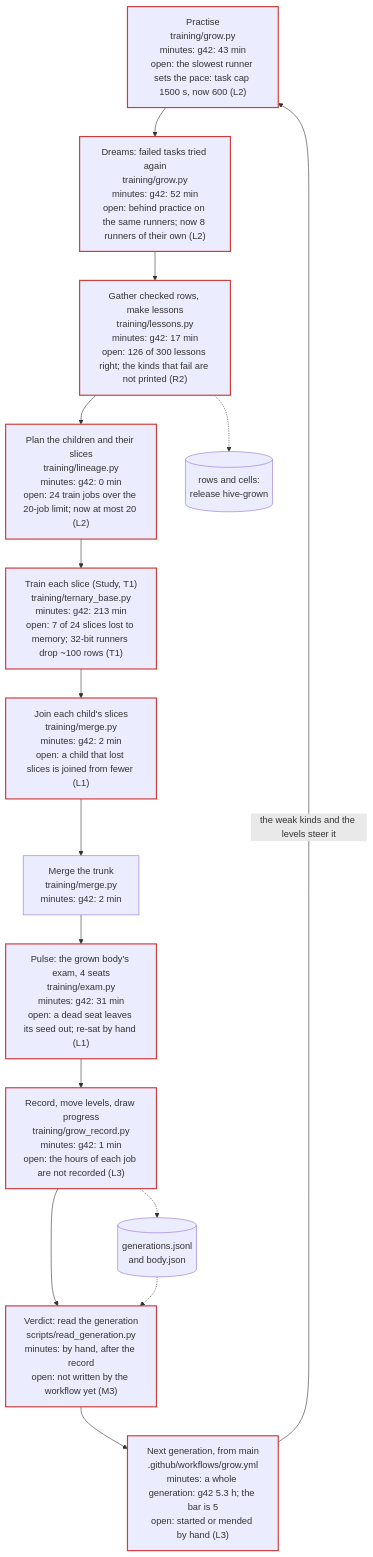
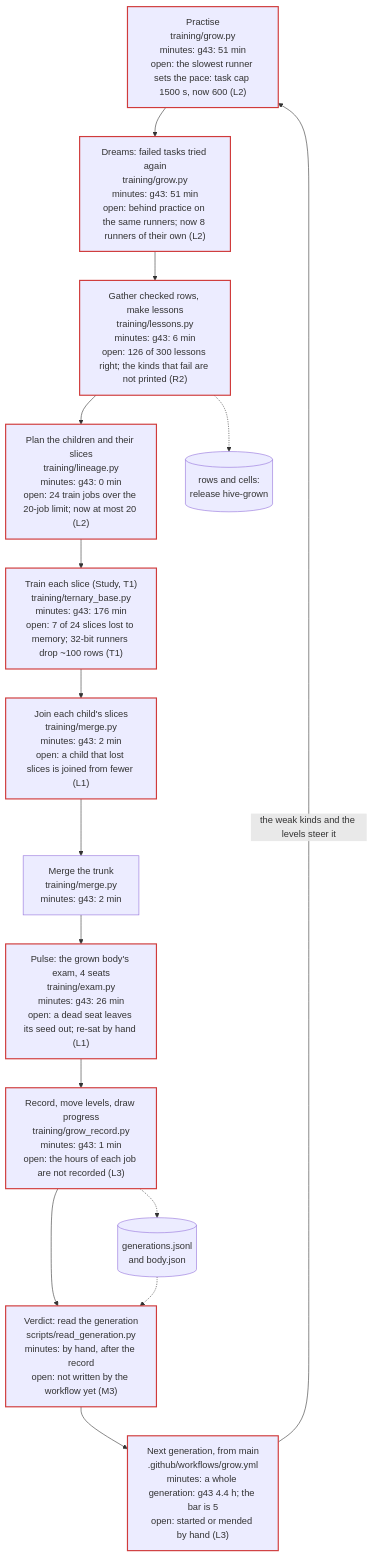
The first of 4 diagrams in docs/KNOWLEDGE.md (Arnav123-s/HiveMIND), drawn with Mermaid before and after one commit. The commit also changed 11 other files, not shown here.

Commit message:
The hive's body: generation g43

````diff
--- a/docs/KNOWLEDGE.md
+++ b/docs/KNOWLEDGE.md
@@ -11,31 +11,31 @@
 ```mermaid
 flowchart TD
-  practise["Practise<br/>training/grow.py<br/>minutes: g42: 43 min<br/>open: the slowest runner sets the pace: task cap 1500 s, now 600 (L2)"]:::open
-  dreams["Dreams: failed tasks tried again<br/>training/grow.py<br/>minutes: g42: 52 min<br/>open: behind practice on the same runners; now 8 runners of their own (L2)"]:::open
-  gather["Gather checked rows, make lessons<br/>training/lessons.py<br/>minutes: g42: 17 min<br/>open: 126 of 300 lessons right; the kinds that fail are not printed (R2)"]:::open
-  plan["Plan the children and their slices<br/>training/lineage.py<br/>minutes: g42: 0 min<br/>open: 24 train jobs over the 20-job limit; now at most 20 (L2)"]:::open
-  trainc["Train each slice (Study, T1)<br/>training/ternary_base.py<br/>minutes: g42: 213 min<br/>open: 7 of 24 slices lost to memory; 32-bit runners drop ~100 rows (T1)"]:::open
-  join["Join each child's slices<br/>training/merge.py<br/>minutes: g42: 2 min<br/>open: a child that lost slices is joined from fewer (L1)"]:::open
-  trunk["Merge the trunk<br/>training/merge.py<br/>minutes: g42: 2 min"]
-  pulse["Pulse: the grown body's exam, 4 seats<br/>training/exam.py<br/>minutes: g42: 31 min<br/>open: a dead seat leaves its seed out; re-sat by hand (L1)"]:::open
-  recordg["Record, move levels, draw progress<br/>training/grow_record.py<br/>minutes: g42: 1 min<br/>open: the hours of each job are not recorded (L3)"]:::open
+  practise["Practise<br/>training/grow.py<br/>minutes: g43: 51 min<br/>open: the slowest runner sets the pace: task cap 1500 s, now 600 (L2)"]:::open
+  dreams["Dreams: failed tasks tried again<br/>training/grow.py<br/>minutes: g43: 51 min<br/>open: behind practice on the same runners; now 8 runners of their own (L2)"]:::open
+  gather["Gather checked rows, make lessons<br/>training/lessons.py<br/>minutes: g43: 6 min<br/>open: 126 of 300 lessons right; the kinds that fail are not printed (R2)"]:::open
+  plan["Plan the children and their slices<br/>training/lineage.py<br/>minutes: g43: 0 min<br/>open: 24 train jobs over the 20-job limit; now at most 20 (L2)"]:::open
+  trainc["Train each slice (Study, T1)<br/>training/ternary_base.py<br/>minutes: g43: 176 min<br/>open: 7 of 24 slices lost to memory; 32-bit runners drop ~100 rows (T1)"]:::open
+  join["Join each child's slices<br/>training/merge.py<br/>minutes: g43: 2 min<br/>open: a child that lost slices is joined from fewer (L1)"]:::open
+  trunk["Merge the trunk<br/>training/merge.py<br/>minutes: g43: 2 min"]
+  pulse["Pulse: the grown body's exam, 4 seats<br/>training/exam.py<br/>minutes: g43: 26 min<br/>open: a dead seat leaves its seed out; re-sat by hand (L1)"]:::open
+  recordg["Record, move levels, draw progress<br/>training/grow_record.py<br/>minutes: g43: 1 min<br/>open: the hours of each job are not recorded (L3)"]:::open
   verdictg["Verdict: read the generation<br/>scripts/read_generation.py<br/>minutes: by hand, after the record<br/>open: not written by the workflow yet (M3)"]:::open
-  nextg["Next generation, from main<br/>.github/workflows/grow.yml<br/>minutes: a whole generation: g42 5.3 h; the bar is 5<br/>open: started or mended by hand (L3)"]:::open
+  nextg["Next generation, from main<br/>.github/workflows/grow.yml<br/>minutes: a whole generation: g43 4.4 h; the bar is 5<br/>open: started or mended by hand (L3)"]:::open
   practise --> dreams
   dreams --> gather
   gather --> plan
   plan --> trainc
   trainc --> join
   join --> trunk
   trunk --> pulse
   pulse --> recordg
   recordg --> verdictg
   verdictg --> nextg
   nextg -->|"the weak kinds and the levels steer it"| practise
   rel[("rows and cells:<br/>release hive-grown")]
   rec[("generations.jsonl<br/>and body.json")]
   gather -.-> rel
   recordg -.-> rec
   rec -.-> verdictg
   classDef open stroke:#d03b3b,stroke-width:2px
 ```
````
